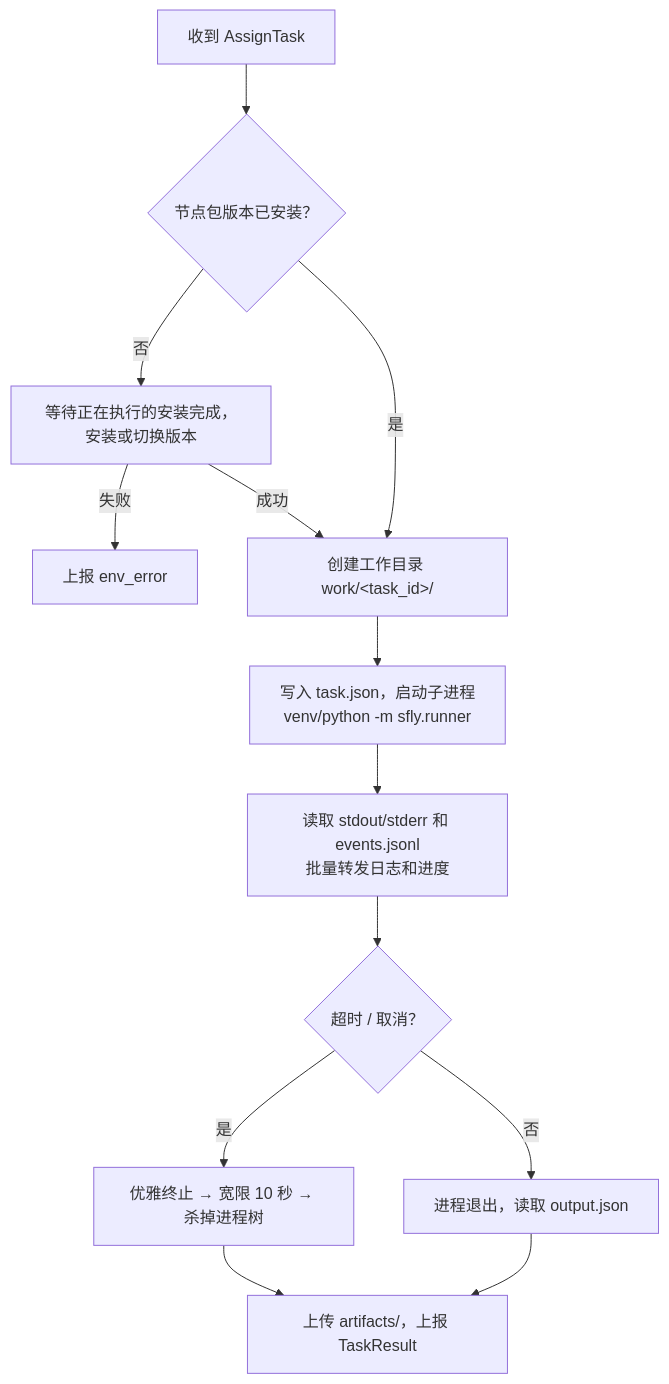
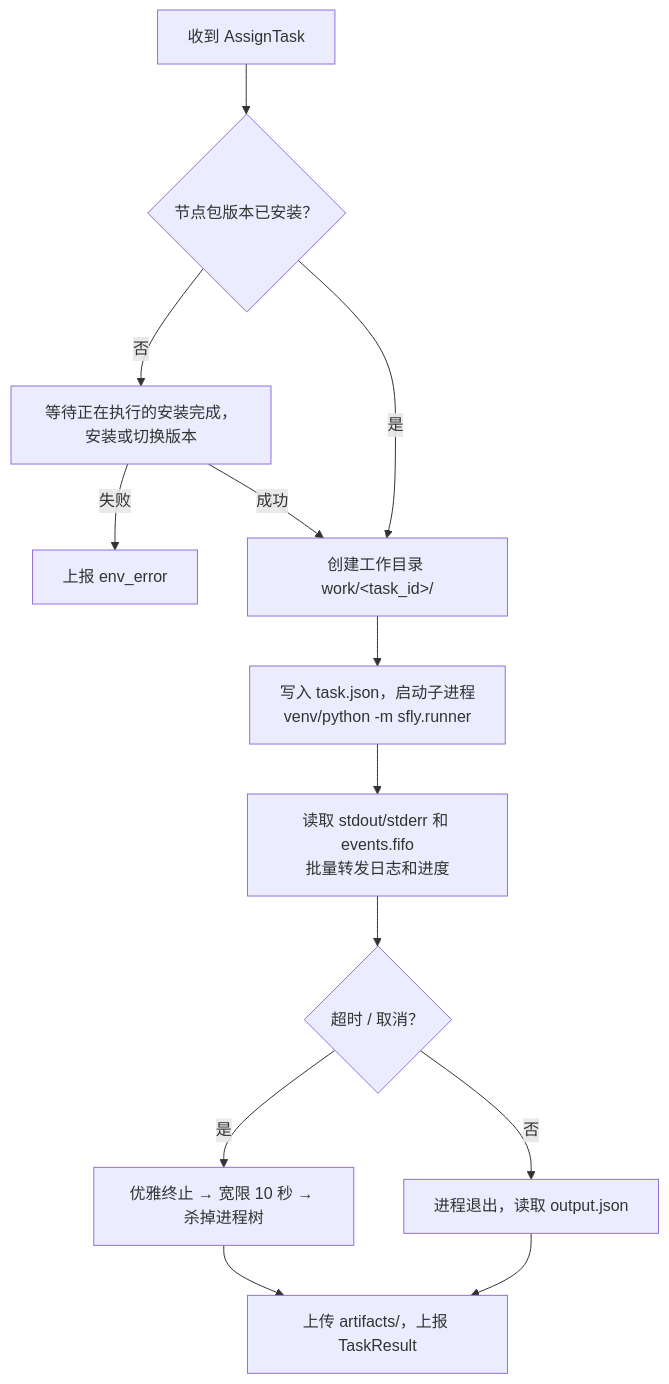
One commit to x7yue/sfly changed the second of 2 diagrams in docs/ARCHITECTURE.md. Above: the diagram before and after it, drawn with Mermaid. The commit also changed other lines of this file and 3 other files, not shown here.

````diff
--- a/docs/ARCHITECTURE.md
+++ b/docs/ARCHITECTURE.md
@@ -217,15 +217,15 @@
 ```mermaid
 flowchart TD
   A["收到 AssignTask"] --> B{"节点包版本已安装？"}
   B -- 否 --> C["等待正在执行的安装完成，安装或切换版本"]
   C -- 失败 --> X["上报 env_error"]
   B -- 是 --> D["创建工作目录 work/&lt;task_id&gt;/"]
   C -- 成功 --> D
   D --> E["写入 task.json，启动子进程<br/>venv/python -m sfly.runner"]
-  E --> F["读取 stdout/stderr 和 events.jsonl<br/>批量转发日志和进度"]
+  E --> F["读取 stdout/stderr 和 events.fifo<br/>批量转发日志和进度"]
   F --> G{"超时 / 取消？"}
   G -- 是 --> H["优雅终止 → 宽限 10 秒 → 杀掉进程树"]
   G -- 否 --> I["进程退出，读取 output.json"]
   H --> J["上传 artifacts/，上报 TaskResult"]
   I --> J
 ```
````
